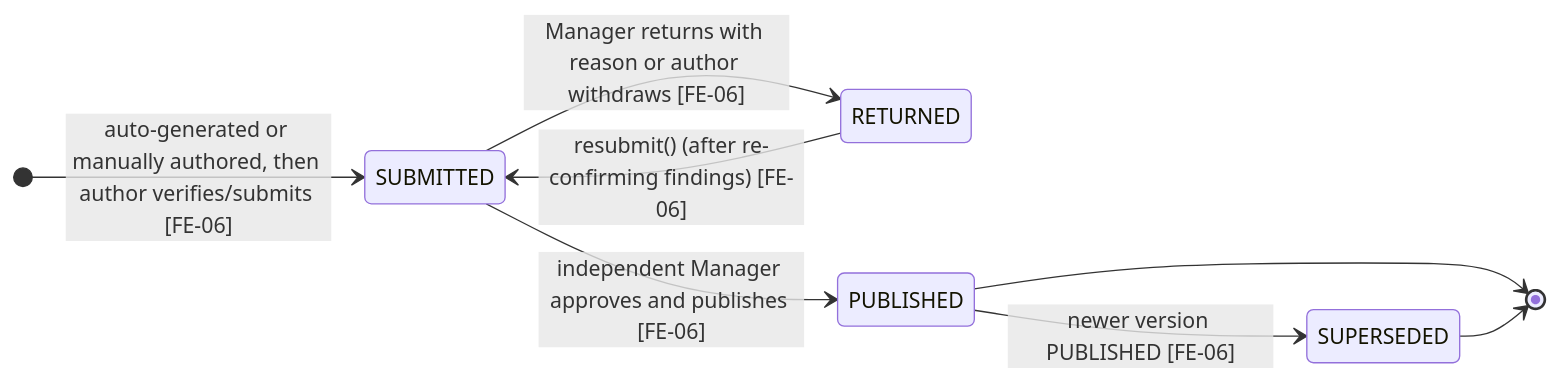
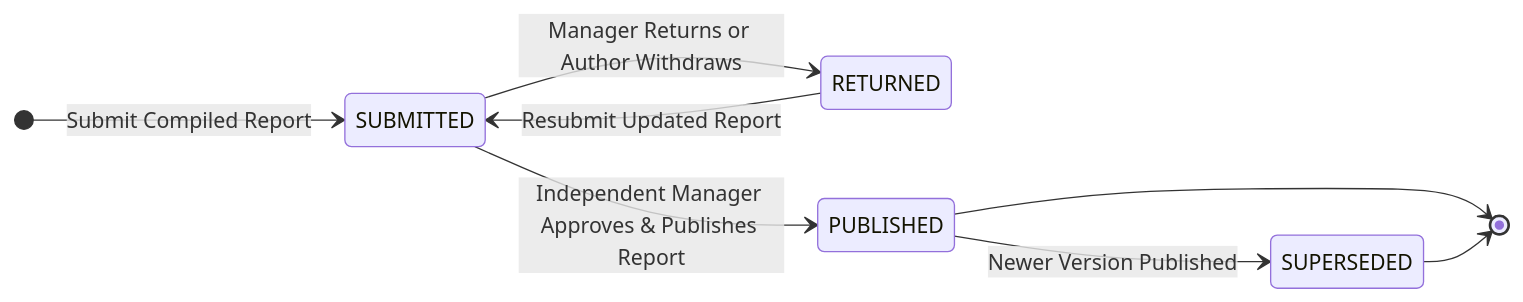
Before and after one commit to josecerejo/SmartDroneInspection-Docs: the fourth of 5 diagrams in reports/report-4-software-design-document/02-database-design.md, drawn with Mermaid. The commit also changed other lines of this file and 205 other files, not shown here.

First line of the commit message:
docs(reports): synchronize Report 1-5 changes, update diagrams, and clean exports (#88)

````diff
--- a/reports/report-4-software-design-document/02-database-design.md
+++ b/reports/report-4-software-design-document/02-database-design.md
@@ -706,12 +166,12 @@
 ```mermaid
-%% title: InspectionReport Version Lifecycle State Machine Diagram
+%% title: Inspection Report Version State Machine Diagram
 stateDiagram-v2
   direction LR
-  [*] --> SUBMITTED : auto-generated or manually authored, then author verifies/submits [FE-06]
-  SUBMITTED --> RETURNED : Manager returns with reason or author withdraws [FE-06]
-  RETURNED --> SUBMITTED : resubmit() (after re-confirming findings) [FE-06]
-  SUBMITTED --> PUBLISHED : independent Manager approves and publishes [FE-06]
-  PUBLISHED --> SUPERSEDED : newer version PUBLISHED [FE-06]
+  [*] --> SUBMITTED : Submit Compiled Report
+  SUBMITTED --> RETURNED : Manager Returns or Author Withdraws
+  RETURNED --> SUBMITTED : Resubmit Updated Report
+  SUBMITTED --> PUBLISHED : Independent Manager Approves & Publishes Report
+  PUBLISHED --> SUPERSEDED : Newer Version Published
   PUBLISHED --> [*]
   SUPERSEDED --> [*]
 ```
````
